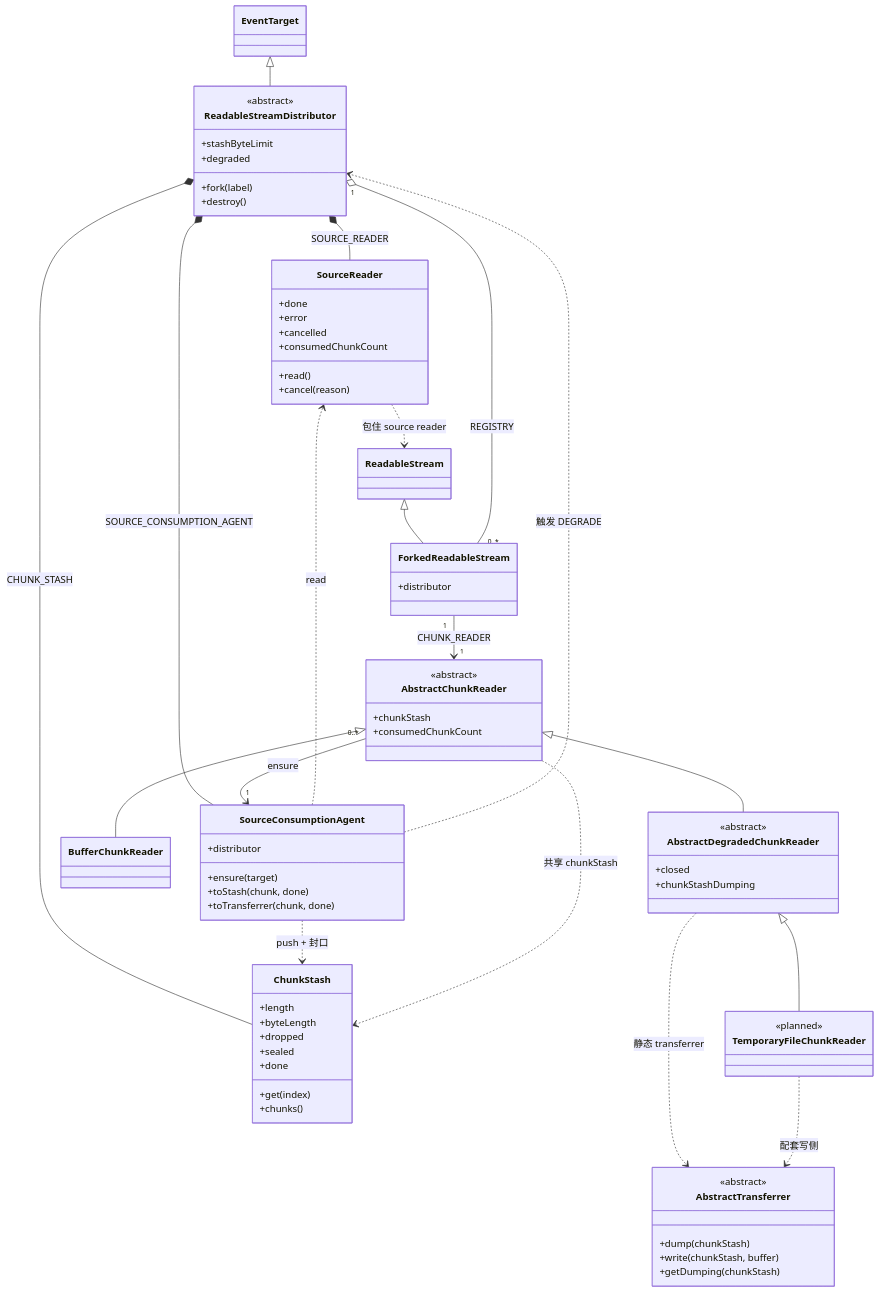
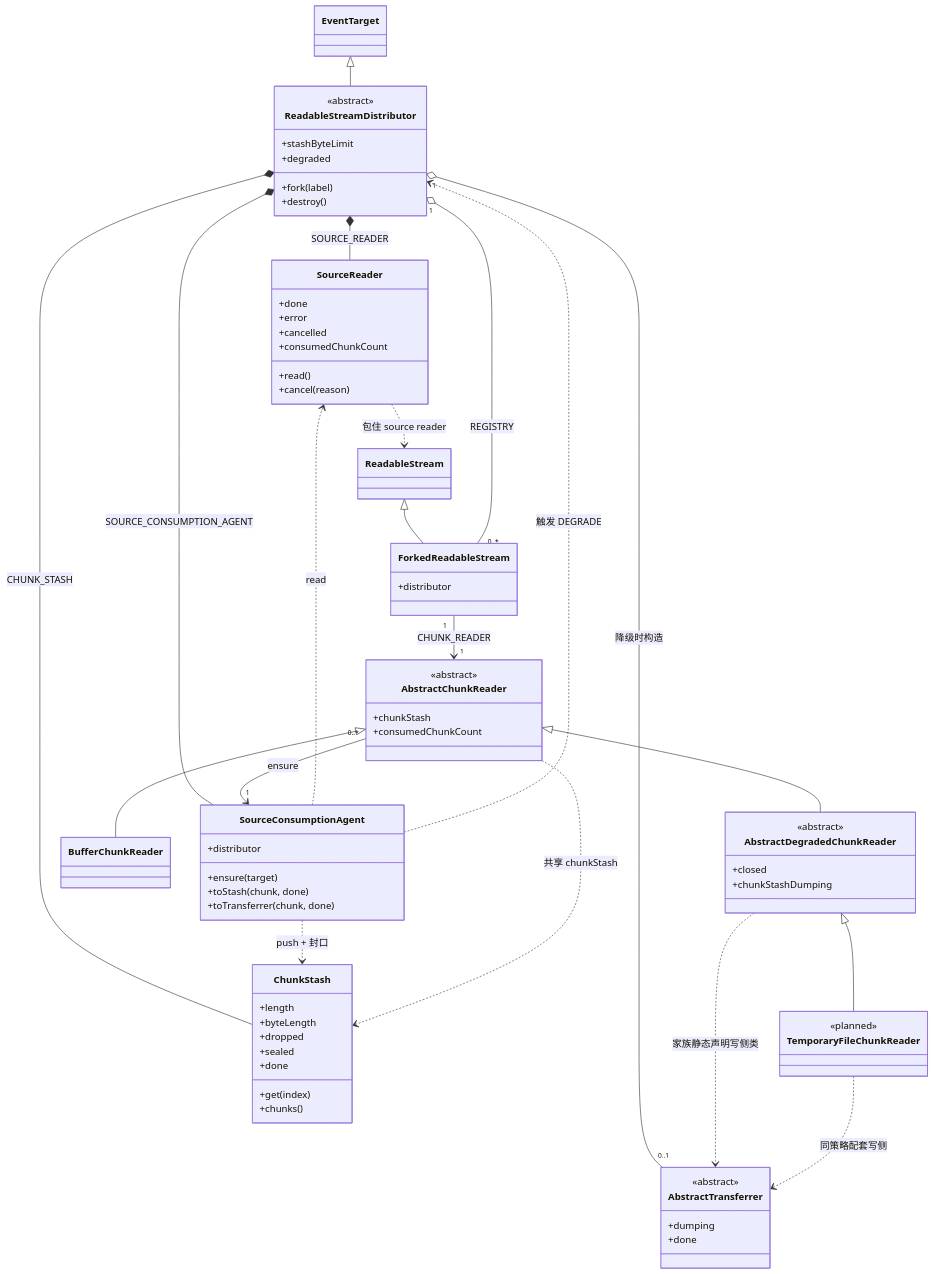
Before and after one commit to produck/node-readable-stream-distributor: the second of 6 diagrams in DESIGN.md, drawn with Mermaid. The commit also changed other lines of this file and 11 other files, not shown here.

````diff
--- a/DESIGN.md
+++ b/DESIGN.md
@@ -184,9 +184,8 @@
 
     class AbstractTransferrer {
         <<abstract>>
-        +dump(chunkStash)
-        +write(chunkStash, buffer)
-        +getDumping(chunkStash)
+        +dumping
+        +done
     }
 
     class TemporaryFileChunkReader {
@@ -209,7 +208,8 @@
     SourceConsumptionAgent ..> ChunkStash : push + 封口
     SourceConsumptionAgent ..> ReadableStreamDistributor : 触发 DEGRADE
     AbstractChunkReader ..> ChunkStash : 共享 chunkStash
-    AbstractDegradedChunkReader ..> AbstractTransferrer : 静态 transferrer
-    TemporaryFileChunkReader ..> AbstractTransferrer : 配套写侧
+    ReadableStreamDistributor "1" o-- "0..1" AbstractTransferrer : 降级时构造
+    AbstractDegradedChunkReader ..> AbstractTransferrer : 家族静态声明写侧类
+    TemporaryFileChunkReader ..> AbstractTransferrer : 同策略配套写侧
     SourceReader ..> ReadableStream : 包住 source reader
 ```
````
